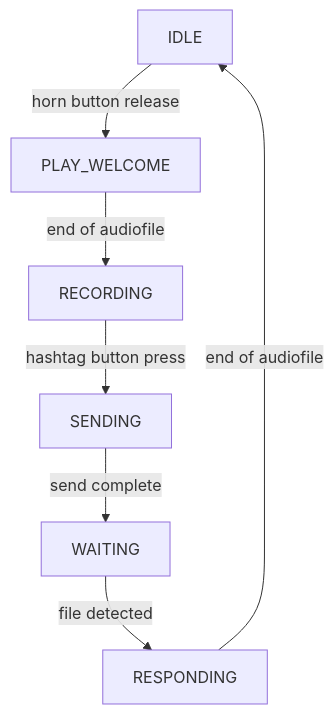
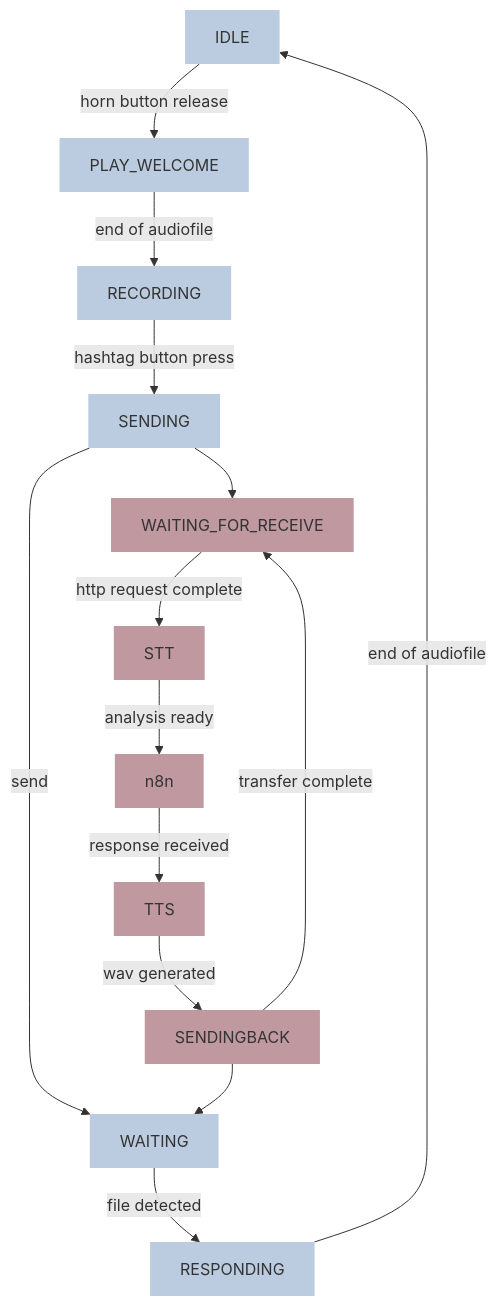
One commit to basbaccarne/echoes-of-tomorrow changed the diagram in README.md. Above: the diagram before and after it, drawn with Mermaid. The commit also changed other lines of this file, not shown here.

Commit message:
feat: update state machine diagrams for improved clarity and structure

````diff
--- a/README.md
+++ b/README.md
@@ -66,9 +66,19 @@
 ```mermaid
-graph TD;
-    IDLE-->|horn button release| PLAY_WELCOME;
-    PLAY_WELCOME-->|end of audiofile|RECORDING;
-    RECORDING-->|hashtag button press|SENDING;
-    SENDING-->|send complete|WAITING;
-    WAITING-->|file detected|RESPONDING;
-    RESPONDING-->|end of audiofile|IDLE;
+graph TD;    
+    classDef pi fill:#BCCCE0, stroke-width:0px
+    classDef server fill:#BF98A0, stroke-width:0px
+    IDLE:::pi-->|horn button release| PLAY_WELCOME:::pi;
+    PLAY_WELCOME:::pi-->|end of audiofile|RECORDING:::pi;
+    RECORDING:::pi-->|hashtag button press|SENDING:::pi;
+    SENDING:::pi-->|send|WAITING:::pi;
+    SENDING:::pi-->WAITING_FOR_RECEIVE:::server;
+    WAITING:::pi-->|file detected|RESPONDING:::pi;
+    RESPONDING:::pi-->|end of audiofile|IDLE:::pi;
+
+    WAITING_FOR_RECEIVE:::server-->|http request complete| STT:::server;
+    STT:::server-->|analysis ready|n8n:::server;
+    n8n:::server-->|response received|TTS:::server;
+    TTS:::server-->|wav generated|SENDINGBACK:::server;
+    SENDINGBACK-->WAITING:::pi;
+    SENDINGBACK:::server-->|transfer complete|WAITING_FOR_RECEIVE:::server;
 ```
````
